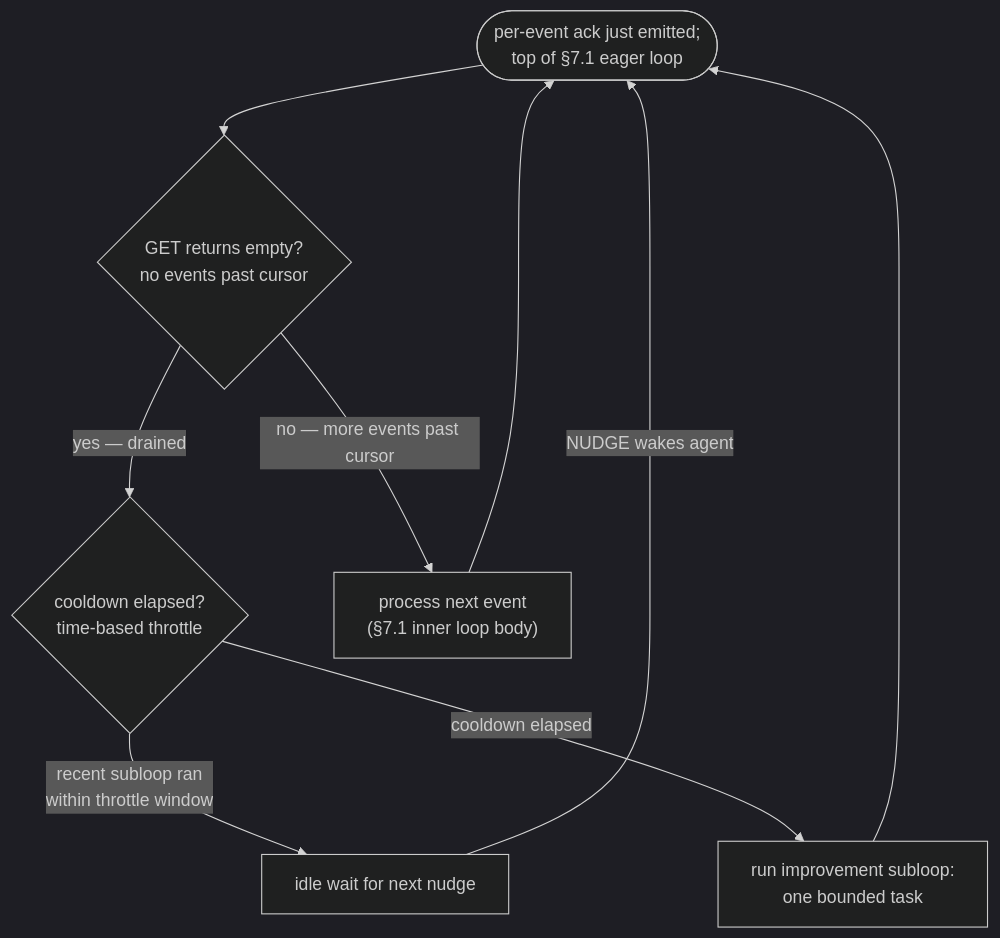
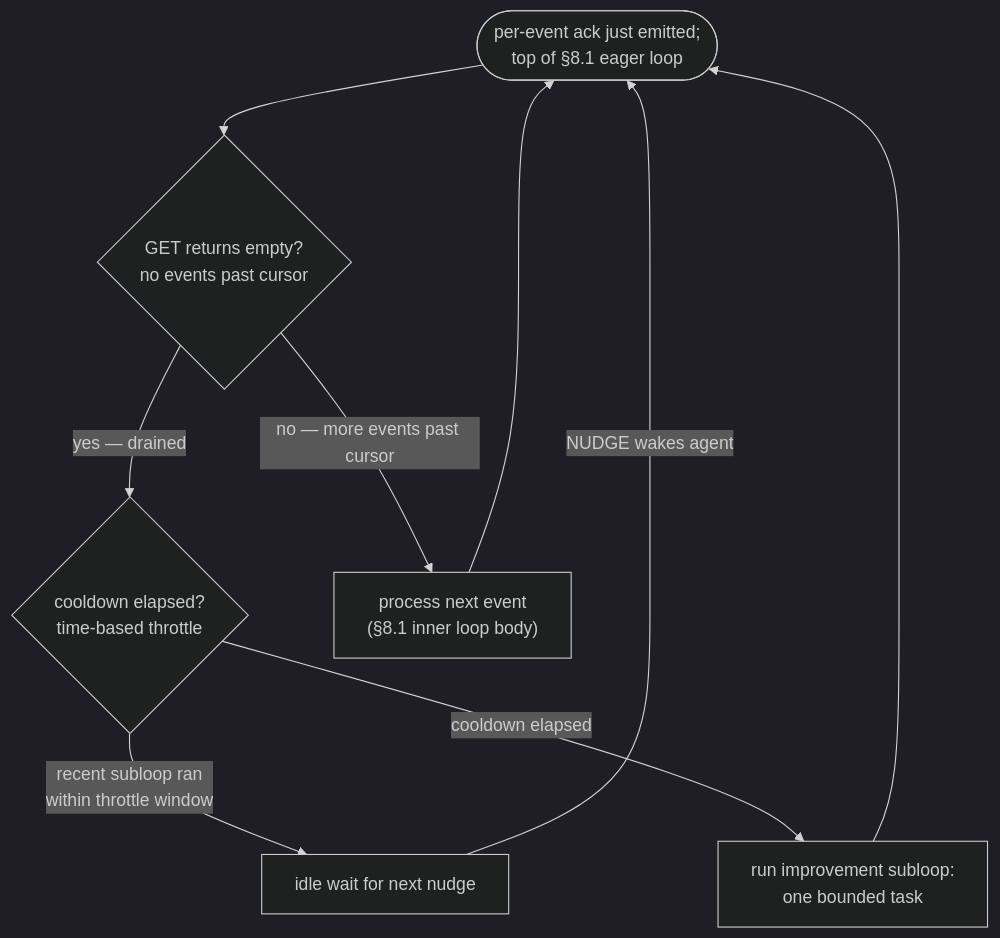
One commit to WallyDoodlez/SquidSquad changed diagram 14 of 15 in docs/AGENT-RUNTIME.md. Above: the diagram before and after it, drawn with Mermaid (dark theme). The commit also changed other lines of this file and 15 other files, not shown here.

````diff
--- a/docs/AGENT-RUNTIME.md
+++ b/docs/AGENT-RUNTIME.md
@@ -1070,18 +1070,18 @@
 ```mermaid
 flowchart TD
-    Start(["per-event ack just emitted;<br/>top of §7.1 eager loop"])
+    Start(["per-event ack just emitted;<br/>top of §8.1 eager loop"])
     QEmpty{"GET returns empty?<br/>no events past cursor"}
     Throttle{"cooldown elapsed?<br/>time-based throttle"}
     Subloop["run improvement subloop:<br/>one bounded task"]
     Idle["idle wait for next nudge"]
-    Process["process next event<br/>(§7.1 inner loop body)"]
+    Process["process next event<br/>(§8.1 inner loop body)"]
 
     Start --> QEmpty
     QEmpty -->|"no — more events past cursor"| Process
     Process --> Start
     QEmpty -->|"yes — drained"| Throttle
     Throttle -->|"recent subloop ran<br/>within throttle window"| Idle
     Throttle -->|"cooldown elapsed"| Subloop
     Subloop --> Start
     Idle -->|"NUDGE wakes agent"| Start
 ```
````
